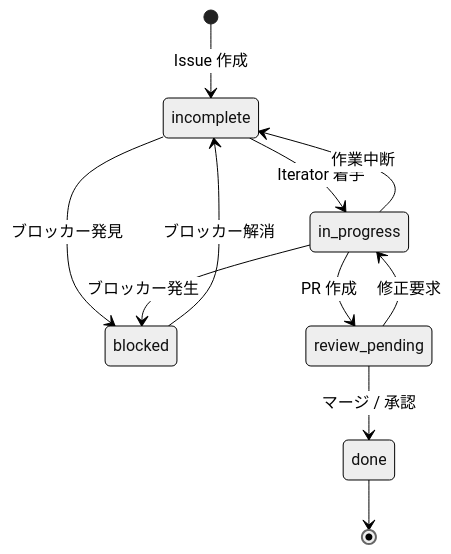
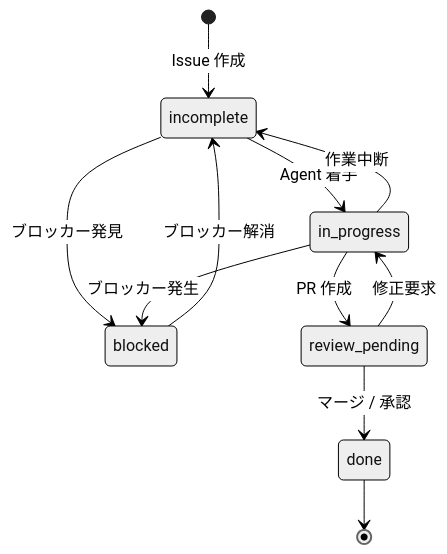
Before and after one commit to tettuan/climpt: the fourth of 7 diagrams in .agent/facilitator/README.md, drawn with Mermaid (neutral theme). The commit also changed other lines of this file, not shown here.

````diff
--- a/.agent/facilitator/README.md
+++ b/.agent/facilitator/README.md
@@ -129,18 +200,18 @@
 ```mermaid
 stateDiagram-v2
     [*] --> incomplete: Issue 作成
 
-    incomplete --> in_progress: Iterator 着手
+    incomplete --> in_progress: Agent 着手
     incomplete --> blocked: ブロッカー発見
 
     in_progress --> review_pending: PR 作成
     in_progress --> blocked: ブロッカー発生
     in_progress --> incomplete: 作業中断
 
     blocked --> incomplete: ブロッカー解消
 
     review_pending --> done: マージ / 承認
     review_pending --> in_progress: 修正要求
 
     done --> [*]
 ```
````
